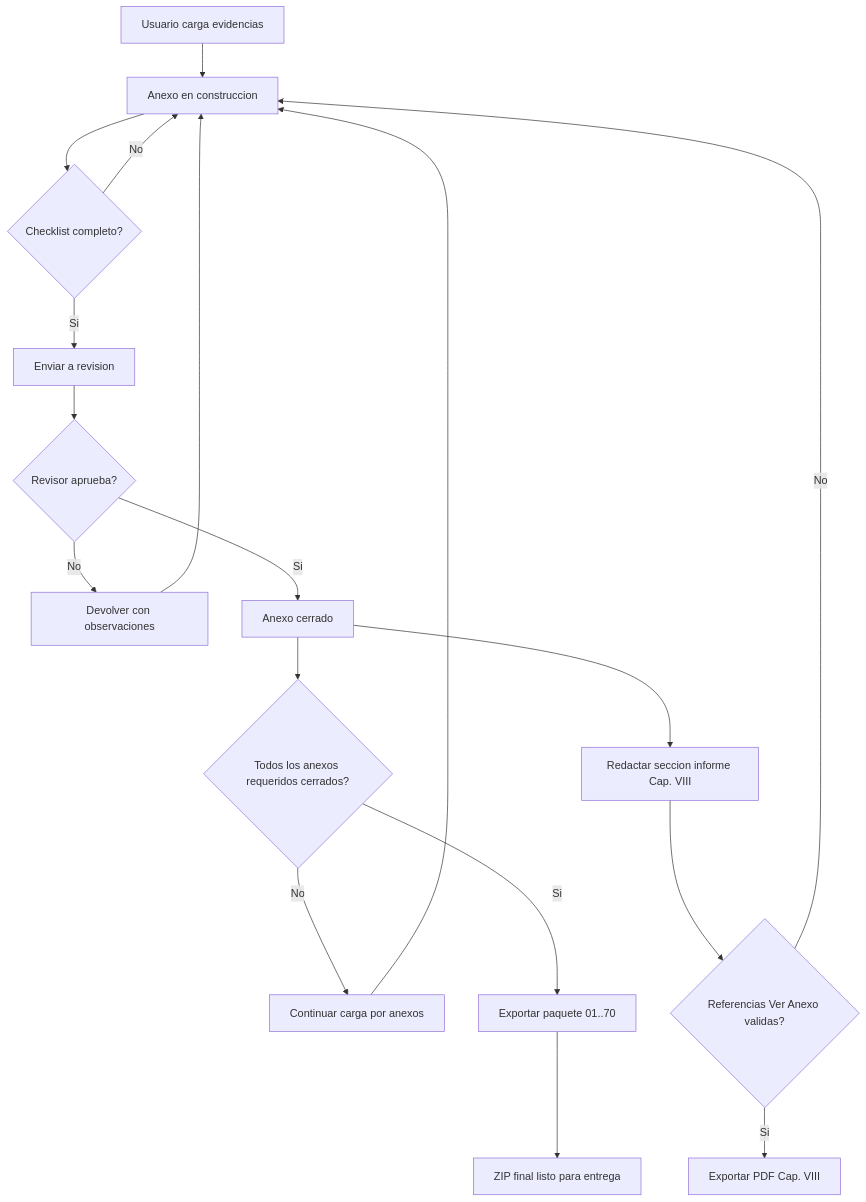
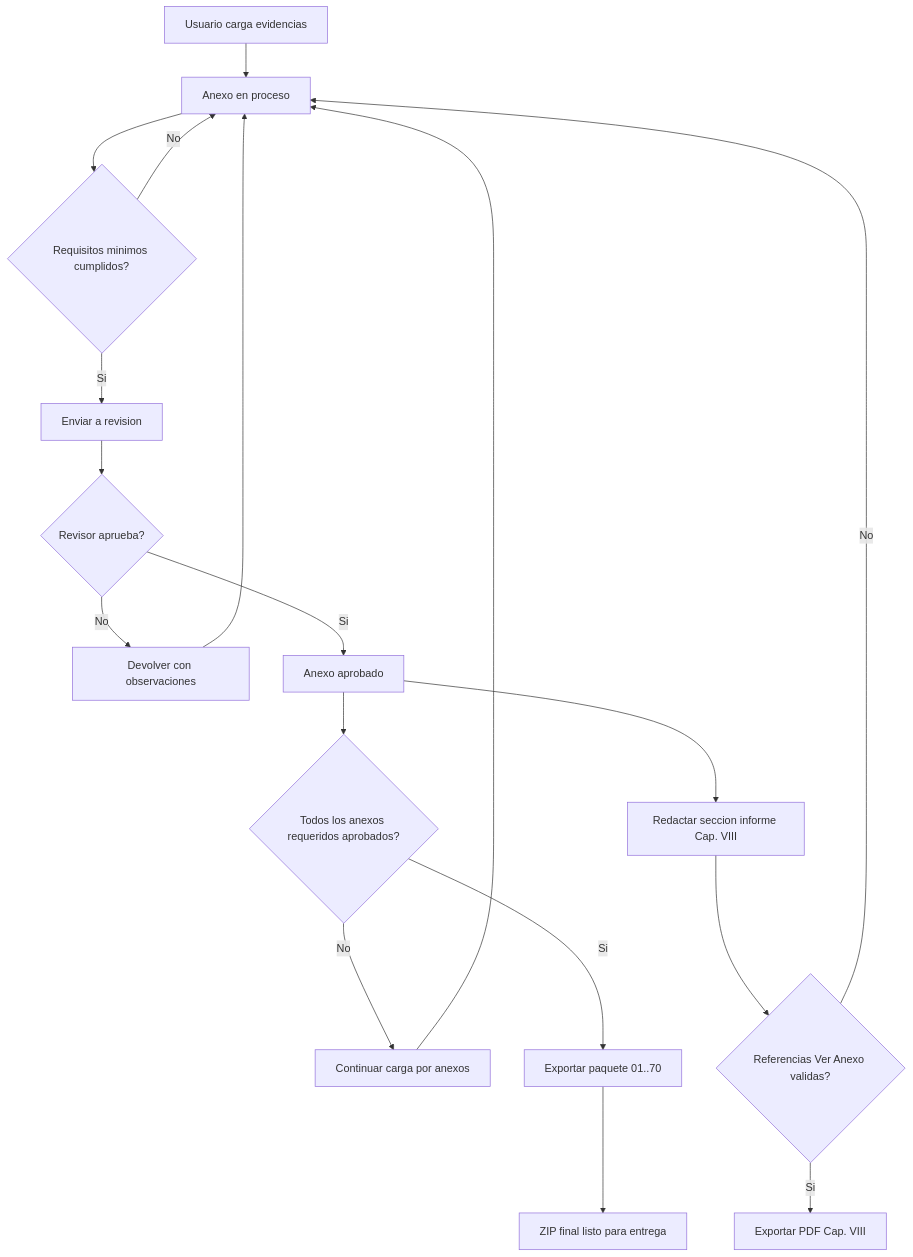
The first of 2 diagrams in docs/analisis-recolector-anexos-preconteo.md (shell931/documents), drawn with Mermaid before and after one commit. The commit also changed other lines of this file and 7 other files, not shown here.

````diff
--- a/docs/analisis-recolector-anexos-preconteo.md
+++ b/docs/analisis-recolector-anexos-preconteo.md
@@ -480,20 +475,20 @@
 ```mermaid
 flowchart TD
-    A[Usuario carga evidencias] --> B[Anexo en construccion]
-    B --> C{Checklist completo?}
+    A[Usuario carga evidencias] --> B[Anexo en proceso]
+    B --> C{Requisitos minimos cumplidos?}
     C -- No --> B
     C -- Si --> D[Enviar a revision]
     D --> E{Revisor aprueba?}
     E -- No --> F[Devolver con observaciones]
     F --> B
-    E -- Si --> G[Anexo cerrado]
-    G --> H{Todos los anexos requeridos cerrados?}
+    E -- Si --> G[Anexo aprobado]
+    G --> H{Todos los anexos requeridos aprobados?}
     H -- No --> I[Continuar carga por anexos]
     I --> B
     H -- Si --> J[Exportar paquete 01..70]
     J --> K[ZIP final listo para entrega]
     G --> L[Redactar seccion informe Cap. VIII]
     L --> M{Referencias Ver Anexo validas?}
     M -- No --> B
     M -- Si --> N[Exportar PDF Cap. VIII]
 ```
````
